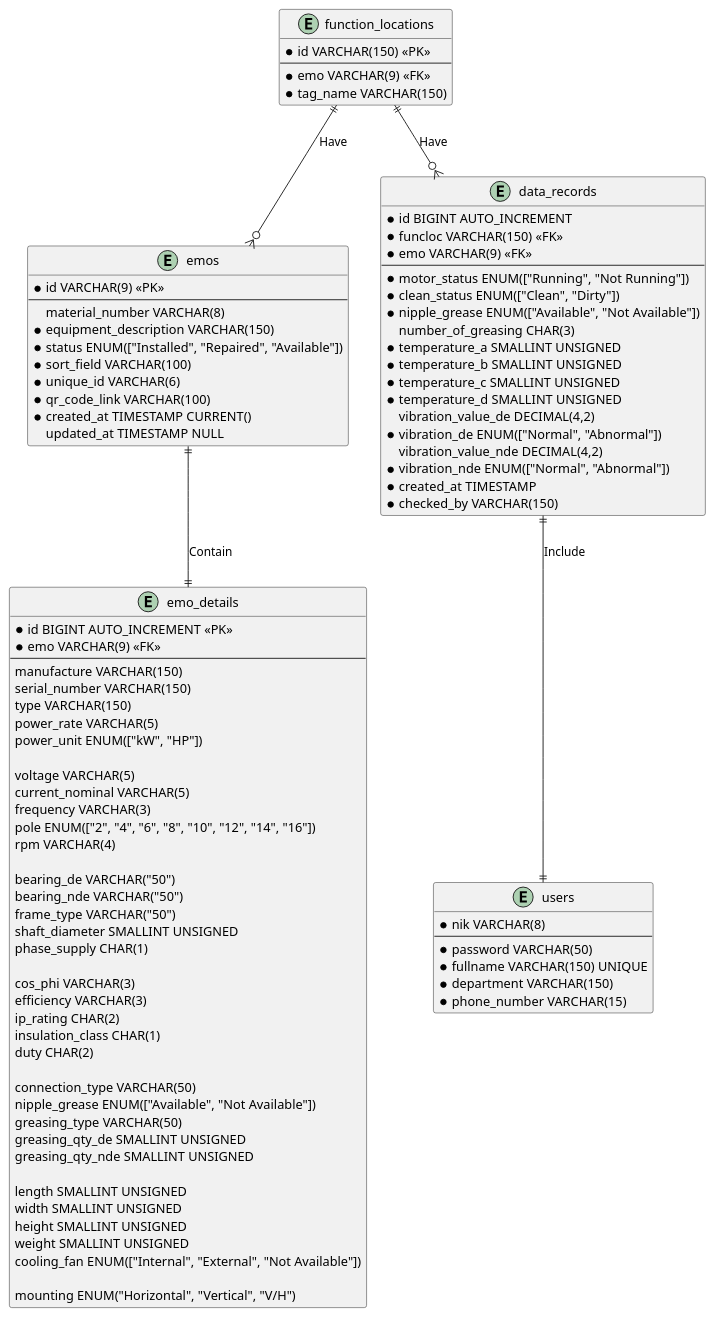
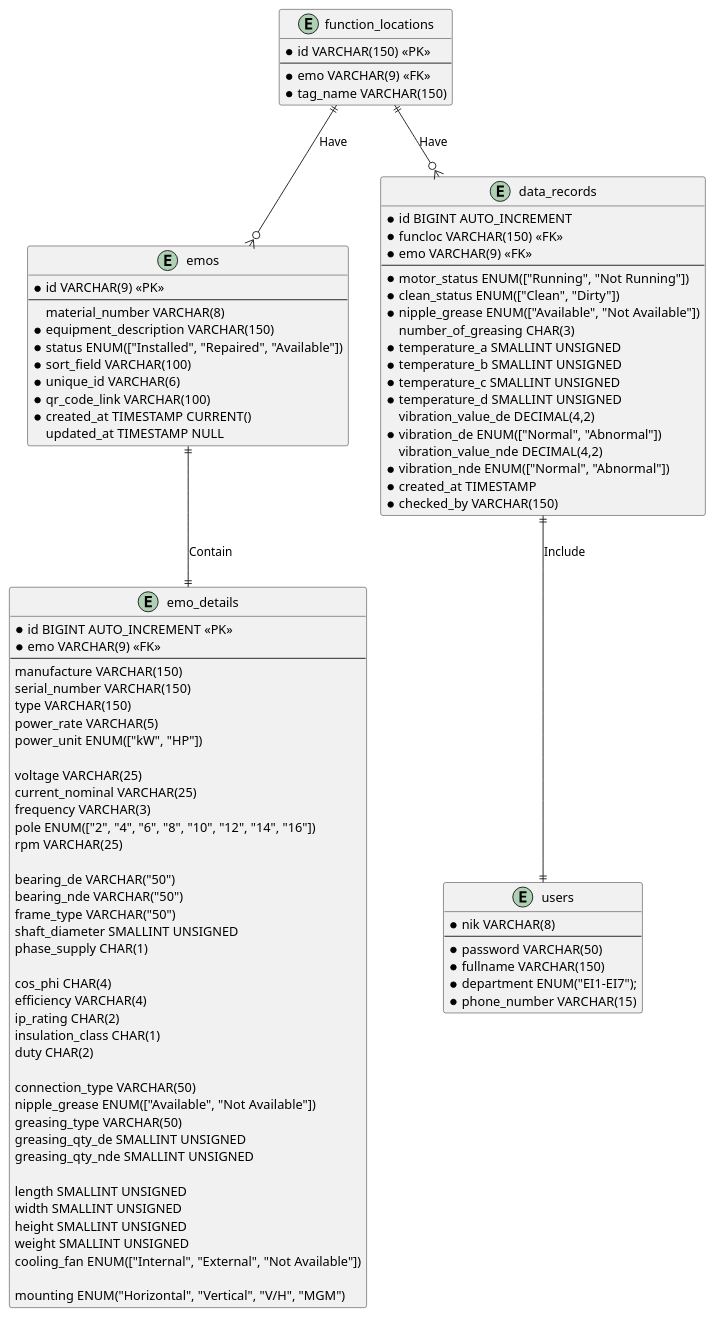
One commit to doniduaasattuu/fajar-e-maintenance changed the diagram in database/fajar_e_maintenance.puml. Above: the diagram before and after it, drawn with PlantUML. The commit also changed 9 other files, not shown here.

```diff
--- a/database/fajar_e_maintenance.puml
+++ b/database/fajar_e_maintenance.puml
@@ -1,104 +1,104 @@
 @startuml fajar_e_maintenance
 
 entity function_locations
 {
     * id VARCHAR(150) <<PK>>
     --
     * emo VARCHAR(9) <<FK>>
     * tag_name VARCHAR(150)
 }
 
 entity emos
 {
     * id VARCHAR(9) <<PK>>
     --
       material_number VARCHAR(8)
     * equipment_description VARCHAR(150)
     * status ENUM(["Installed", "Repaired", "Available"])
     * sort_field VARCHAR(100)
     * unique_id VARCHAR(6)
     * qr_code_link VARCHAR(100) 
     * created_at TIMESTAMP CURRENT()
       updated_at TIMESTAMP NULL
 }
 
 entity emo_details {
     * id BIGINT AUTO_INCREMENT <<PK>>
     * emo VARCHAR(9) <<FK>>
     --
     manufacture VARCHAR(150)
     serial_number VARCHAR(150)
     type VARCHAR(150)
     power_rate VARCHAR(5)
     power_unit ENUM(["kW", "HP"])
 
-    voltage VARCHAR(5)
-    current_nominal VARCHAR(5)
+    voltage VARCHAR(25)
+    current_nominal VARCHAR(25)
     frequency VARCHAR(3)
     pole ENUM(["2", "4", "6", "8", "10", "12", "14", "16"])
-    rpm VARCHAR(4)
+    rpm VARCHAR(25)
 
     bearing_de VARCHAR("50")
     bearing_nde VARCHAR("50")
     frame_type VARCHAR("50")
     shaft_diameter SMALLINT UNSIGNED
     phase_supply CHAR(1)
 
-    cos_phi VARCHAR(3)
-    efficiency VARCHAR(3)
+    cos_phi CHAR(4)
+    efficiency VARCHAR(4)
     ip_rating CHAR(2)
     insulation_class CHAR(1)
     duty CHAR(2)
 
     connection_type VARCHAR(50)
     nipple_grease ENUM(["Available", "Not Available"])
     greasing_type VARCHAR(50)
     greasing_qty_de SMALLINT UNSIGNED
     greasing_qty_nde SMALLINT UNSIGNED
 
     length SMALLINT UNSIGNED
     width SMALLINT UNSIGNED
     height SMALLINT UNSIGNED
     weight SMALLINT UNSIGNED
     cooling_fan ENUM(["Internal", "External", "Not Available"])
 
-    mounting ENUM("Horizontal", "Vertical", "V/H")
+    mounting ENUM("Horizontal", "Vertical", "V/H", "MGM")
 }
 
 entity data_records {
     * id BIGINT AUTO_INCREMENT
     * funcloc VARCHAR(150) <<FK>>
     * emo VARCHAR(9) <<FK>>
     --
     * motor_status ENUM(["Running", "Not Running"])
     * clean_status ENUM(["Clean", "Dirty"])
     * nipple_grease ENUM(["Available", "Not Available"])
       number_of_greasing CHAR(3)
     * temperature_a SMALLINT UNSIGNED
     * temperature_b SMALLINT UNSIGNED
     * temperature_c SMALLINT UNSIGNED
     * temperature_d SMALLINT UNSIGNED
       vibration_value_de DECIMAL(4,2)
     * vibration_de ENUM(["Normal", "Abnormal"])
       vibration_value_nde DECIMAL(4,2)
     * vibration_nde ENUM(["Normal", "Abnormal"])
     * created_at TIMESTAMP
     * checked_by VARCHAR(150)
 }
 
 entity users {
     * nik VARCHAR(8)
     --
     * password VARCHAR(50)
-    * fullname VARCHAR(150) UNIQUE
-    * department VARCHAR(150)
+    * fullname VARCHAR(150)
+    * department ENUM("EI1-EI7");
     * phone_number VARCHAR(15)
 }
  
 function_locations ||--o{ emos : Have
 function_locations ||--o{ data_records : Have
 emos ||--|| emo_details : Contain
 data_records ||--|| users : Include
 
 
 @enduml
```
